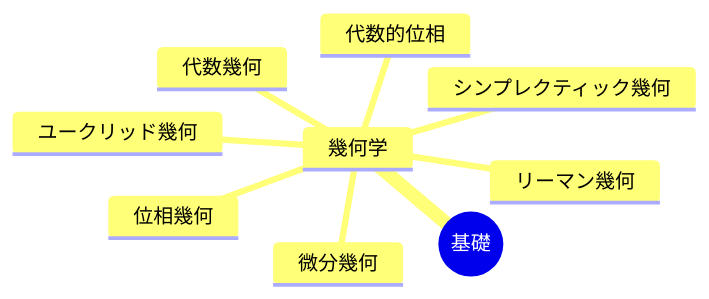
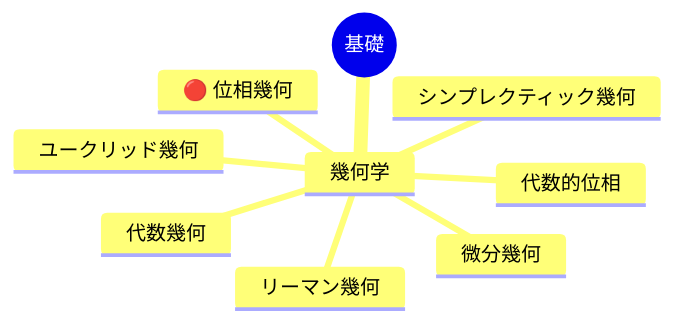
One commit to tomohikoseven/math_doc changed the fourth of 5 diagrams in src/content/docs/math/structures/0013_mathematics_overview.mdx. Above: the diagram before and after it, drawn with Mermaid. The commit also changed other lines of this file and 1 other file, not shown here.

````diff
--- a/src/content/docs/math/structures/0013_mathematics_overview.mdx
+++ b/src/content/docs/math/structures/0013_mathematics_overview.mdx
@@ -57,12 +61,12 @@
 ```mermaid
 mindmap
   root((基礎))
     幾何学
       ユークリッド幾何
       微分幾何
-      位相幾何
+      🔴 位相幾何
       代数的位相
       リーマン幾何
       シンプレクティック幾何
       代数幾何
 ```
````
